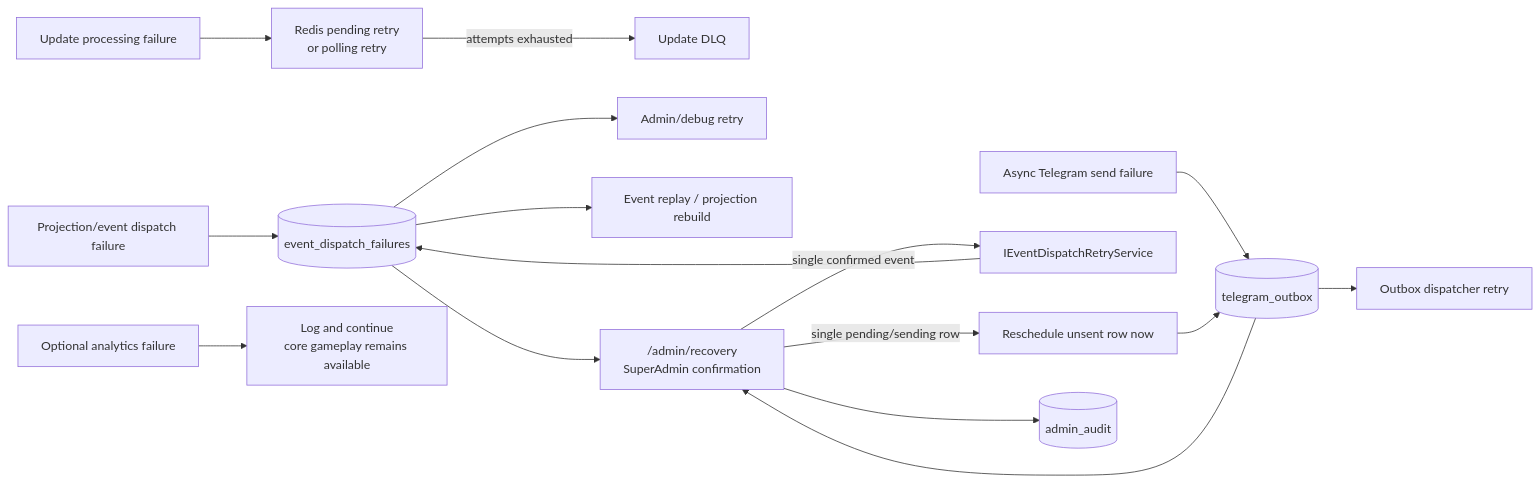
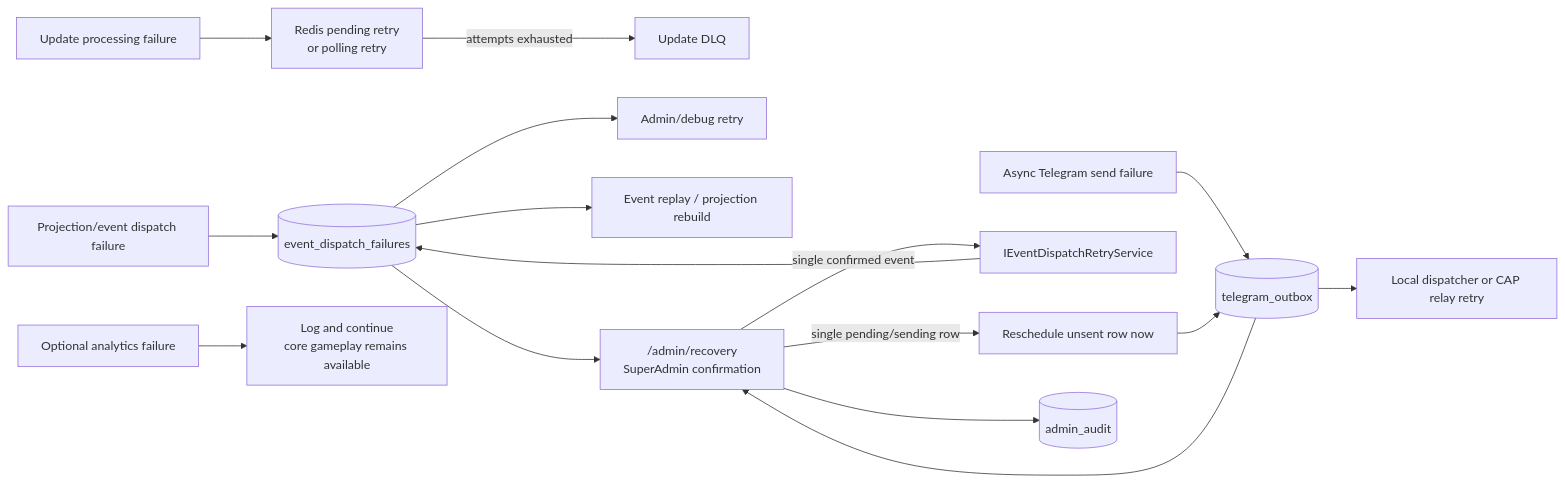
Diagram 18 of 19 in docs/arch.md (cpp20120/GameShiz), drawn with Mermaid before and after one commit. The commit also changed other lines of this file and 148 other files, not shown here.

Commit message:
refactor: add quartz cap outbox and persistence cleanup

````diff
--- a/docs/arch.md
+++ b/docs/arch.md
@@ -720,36 +739,36 @@
 ```mermaid
 flowchart LR
     updateFailure["Update processing failure"]
     eventFailure["Projection/event dispatch failure"]
     telegramFailure["Async Telegram send failure"]
     infraFailure["Optional analytics failure"]
 
     updateRetry["Redis pending retry<br/>or polling retry"]
     updateDlq["Update DLQ"]
     failureStore[("event_dispatch_failures")]
     telegramOutbox[("telegram_outbox")]
     retry["Admin/debug retry"]
     replay["Event replay / projection rebuild"]
-    telegramRetry["Outbox dispatcher retry"]
+    telegramRetry["Local dispatcher or CAP relay retry"]
     adminRecovery["/admin/recovery<br/>SuperAdmin confirmation"]
     eventRetry["IEventDispatchRetryService"]
     outboxNow["Reschedule unsent row now"]
     audit[("admin_audit")]
     graceful["Log and continue<br/>core gameplay remains available"]
 
     updateFailure --> updateRetry
     updateRetry -->|"attempts exhausted"| updateDlq
     eventFailure --> failureStore
     failureStore --> retry
     failureStore --> replay
     telegramFailure --> telegramOutbox
     telegramOutbox --> telegramRetry
     failureStore --> adminRecovery
     telegramOutbox --> adminRecovery
     adminRecovery -->|"single confirmed event"| eventRetry
     eventRetry --> failureStore
     adminRecovery -->|"single pending/sending row"| outboxNow
     outboxNow --> telegramOutbox
     adminRecovery --> audit
     infraFailure --> graceful
 ```
````
